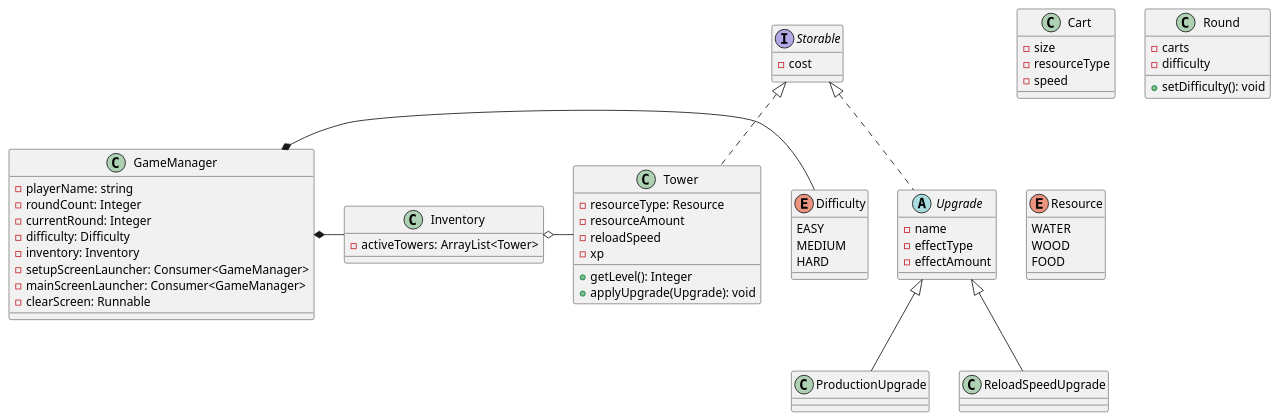
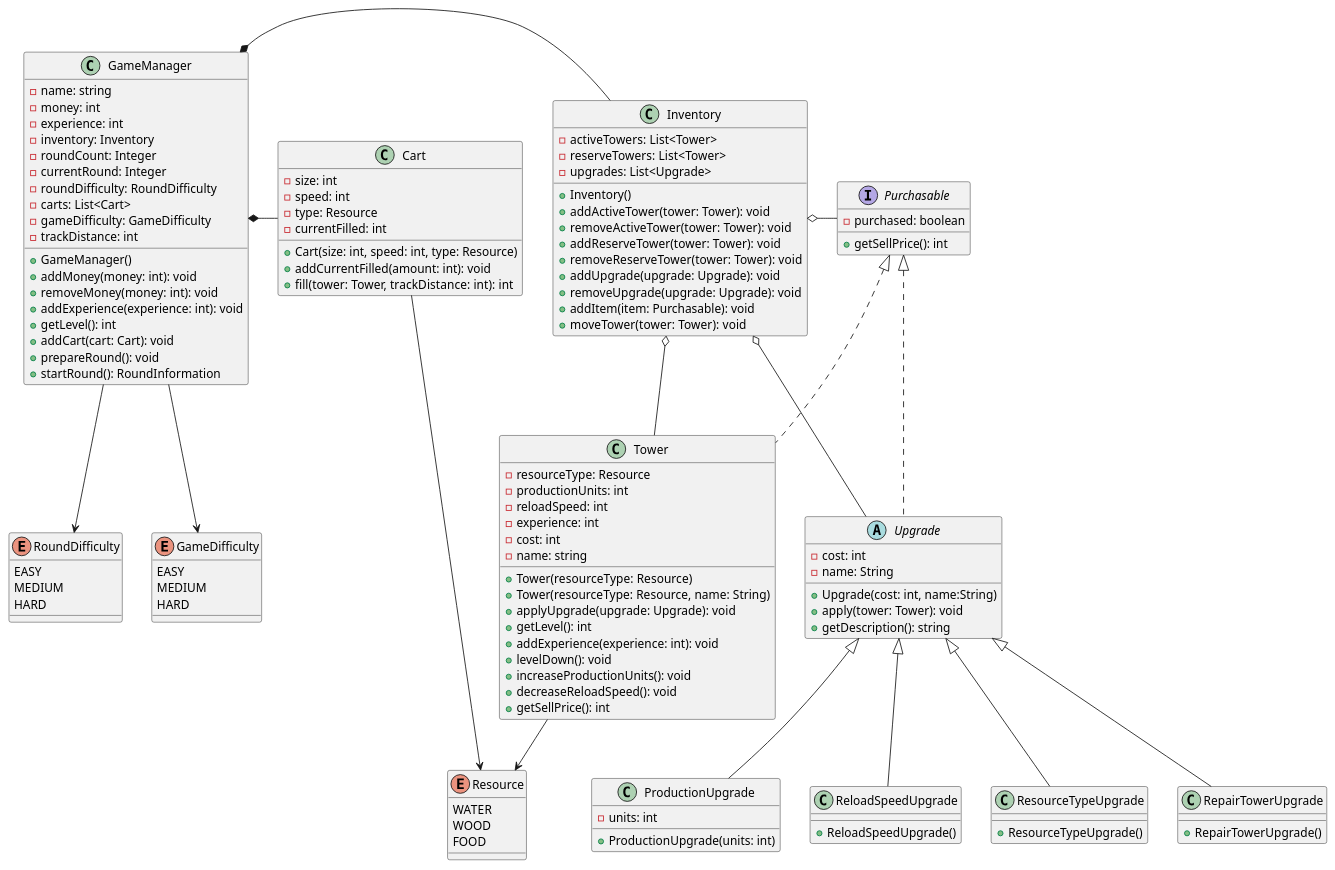
One commit to Fudgeey/uc-seng201-project changed the diagram in uml/class.puml. Above: the diagram before and after it, drawn with PlantUML.

Commit message:
Class UML mostly done for models

```diff
--- a/uml/class.puml
+++ b/uml/class.puml
@@ -1,74 +1,135 @@
 @startuml
 'https://plantuml.com/class-diagram
 
-class Tower implements Storable {
+class Tower implements Purchasable {
     - resourceType: Resource
-    - resourceAmount
-    - reloadSpeed
-    - xp
+    - productionUnits: int
+    - reloadSpeed: int
+    - experience: int
+    - cost: int
+    - name: string
 
-    + getLevel(): Integer
-    + applyUpgrade(Upgrade): void
-}
-
-class Cart {
-    - size
-    - resourceType
-    - speed
-}
-
-class Round {
-    - carts
-    - difficulty
-
-    + setDifficulty(): void
-}
-
-enum Difficulty {
-    EASY
-    MEDIUM
-    HARD
+    + Tower(resourceType: Resource)
+    + Tower(resourceType: Resource, name: String)
+    + applyUpgrade(upgrade: Upgrade): void
+    + getLevel(): int
+    + addExperience(experience: int): void
+    + levelDown(): void
+    + increaseProductionUnits(): void
+    + decreaseReloadSpeed(): void
+    + getSellPrice(): int
 }
 
 enum Resource {
     WATER
     WOOD
     FOOD
 }
 
-abstract Upgrade implements Storable {
-    - name
-    - effectType
-    - effectAmount
+class GameManager {
+    - name: string
+    - money: int
+    - experience: int
+    - inventory: Inventory
+    - roundCount: Integer
+    - currentRound: Integer
+    - roundDifficulty: RoundDifficulty
+    - carts: List<Cart>
+    - gameDifficulty: GameDifficulty
+    - trackDistance: int
+
+    + GameManager()
+    + addMoney(money: int): void
+    + removeMoney(money: int): void
+    + addExperience(experience: int): void
+    + getLevel(): int
+    + addCart(cart: Cart): void
+    + prepareRound(): void
+    + startRound(): RoundInformation
+
+}
+
+Tower --> Resource
+GameManager --> GameDifficulty
+GameManager --> RoundDifficulty
+GameManager *- Inventory
+Inventory o- Tower
+Inventory o- Upgrade
+Inventory o- Purchasable
+
+
+class Cart {
+    - size: int
+    - speed: int
+    - type: Resource
+    - currentFilled: int
+
+    + Cart(size: int, speed: int, type: Resource)
+    + addCurrentFilled(amount: int): void
+    + fill(tower: Tower, trackDistance: int): int
+}
+
+Cart --> Resource
+GameManager *- Cart
+
+enum GameDifficulty {
+    EASY
+    MEDIUM
+    HARD
+}
+
+enum RoundDifficulty {
+    EASY
+    MEDIUM
+    HARD
+}
+
+interface Purchasable {
+    - purchased: boolean
+
+    + getSellPrice(): int
+}
+
+abstract Upgrade implements Purchasable {
+    - cost: int
+    - name: String
+
+    + Upgrade(cost: int, name:String)
+    + apply(tower: Tower): void
+    + getDescription(): string
 }
 
 class ProductionUpgrade extends Upgrade {
+    - units: int
+
+    + ProductionUpgrade(units: int)
 }
 
 class ReloadSpeedUpgrade extends Upgrade {
+    + ReloadSpeedUpgrade()
 }
 
+class ResourceTypeUpgrade extends Upgrade {
+    + ResourceTypeUpgrade()
+}
 
-interface Storable {
-    - cost
+class RepairTowerUpgrade extends Upgrade {
+    + RepairTowerUpgrade()
 }
 
 class Inventory {
-    - activeTowers: ArrayList<Tower>
+    - activeTowers: List<Tower>
+    - reserveTowers: List<Tower>
+    - upgrades: List<Upgrade>
+
+    + Inventory()
+    + addActiveTower(tower: Tower): void
+    + removeActiveTower(tower: Tower): void
+    + addReserveTower(tower: Tower): void
+    + removeReserveTower(tower: Tower): void
+    + addUpgrade(upgrade: Upgrade): void
+    + removeUpgrade(upgrade: Upgrade): void
+    + addItem(item: Purchasable): void
+    + moveTower(tower: Tower): void
 }
-
-class GameManager {
-    - playerName: string
-    - roundCount: Integer
-    - currentRound: Integer
-    - difficulty: Difficulty
-    - inventory: Inventory
-    - setupScreenLauncher: Consumer<GameManager>
-    - mainScreenLauncher: Consumer<GameManager>
-    - clearScreen: Runnable
-}
-
-GameManager *- Difficulty
-GameManager *- Inventory
-Inventory o- Tower
 @enduml
```
